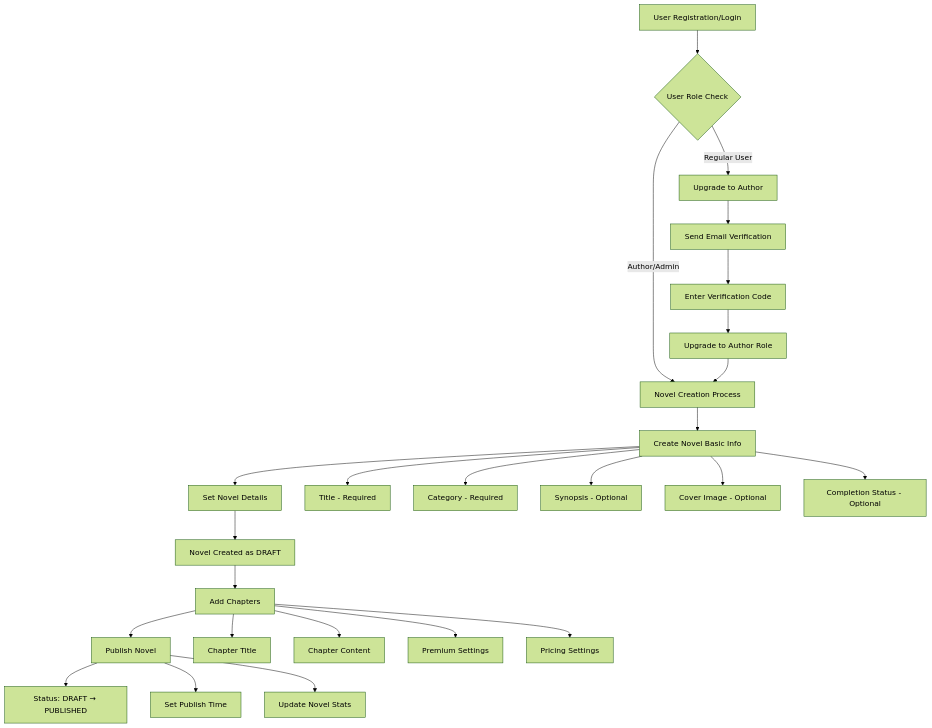
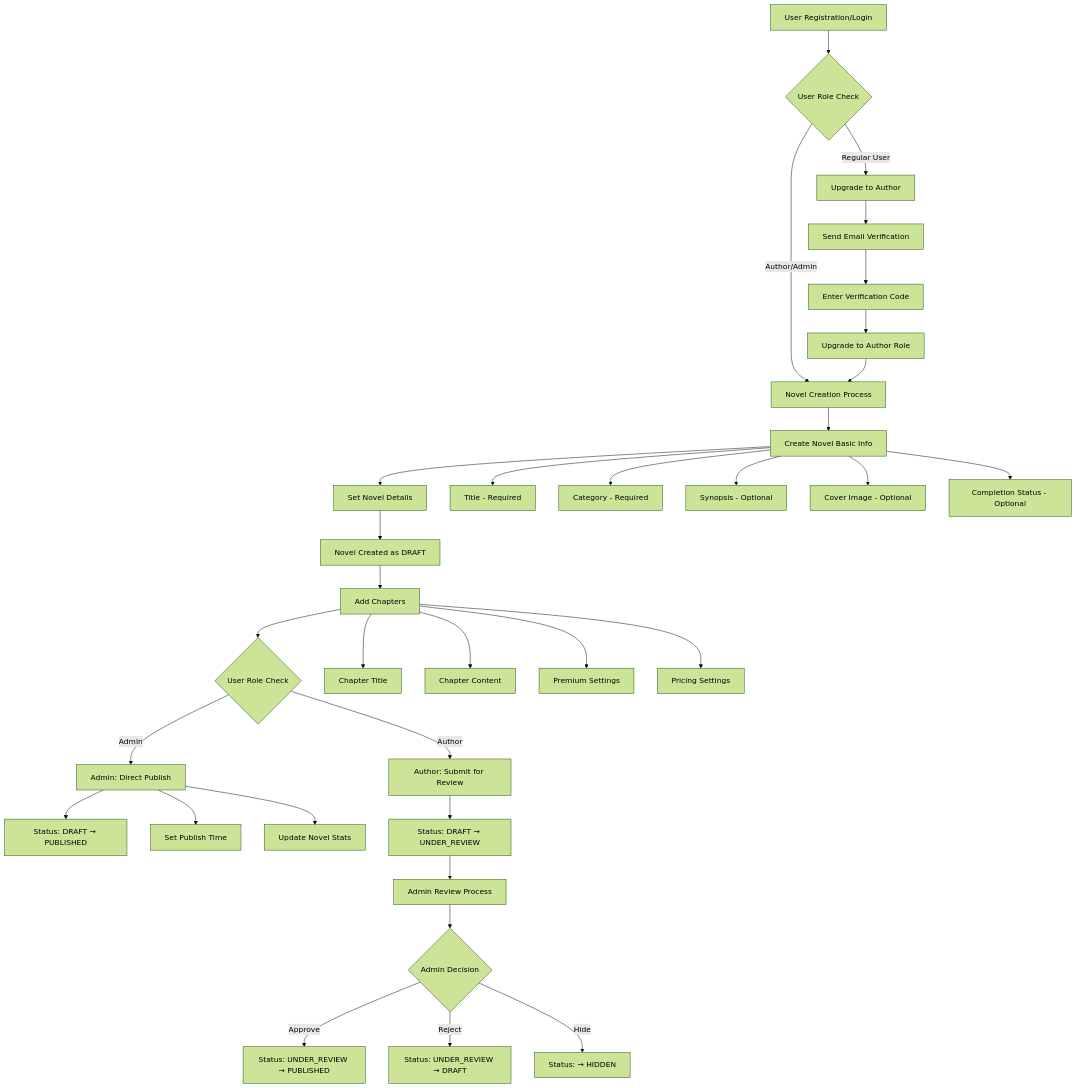
Before and after one commit to maugus0/yushan-backend: the first of 6 diagrams in NOVEL_CREATION_USER_JOURNEY.md, drawn with Mermaid (forest theme). The commit also changed other lines of this file, not shown here.

````diff
--- a/NOVEL_CREATION_USER_JOURNEY.md
+++ b/NOVEL_CREATION_USER_JOURNEY.md
@@ -20,32 +20,42 @@
 ```mermaid
 graph TD
     A[User Registration/Login] --> B{User Role Check}
     B -->|Regular User| C[Upgrade to Author]
     B -->|Author/Admin| D[Novel Creation Process]
     
     C --> C1[Send Email Verification]
     C1 --> C2[Enter Verification Code]
     C2 --> C3[Upgrade to Author Role]
     C3 --> D
     
     D --> D1[Create Novel Basic Info]
     D1 --> D2[Set Novel Details]
     D2 --> D3[Novel Created as DRAFT]
     D3 --> D4[Add Chapters]
-    D4 --> D5[Publish Novel]
+    D4 --> D5{User Role Check}
+    
+    D5 -->|Admin| D6[Admin: Direct Publish]
+    D5 -->|Author| D7[Author: Submit for Review]
+    
+    D6 --> D6a[Status: DRAFT → PUBLISHED]
+    D6 --> D6b[Set Publish Time]
+    D6 --> D6c[Update Novel Stats]
+    
+    D7 --> D7a[Status: DRAFT → UNDER_REVIEW]
+    D7a --> D8[Admin Review Process]
+    D8 --> D9{Admin Decision}
+    D9 -->|Approve| D10[Status: UNDER_REVIEW → PUBLISHED]
+    D9 -->|Reject| D11[Status: UNDER_REVIEW → DRAFT]
+    D9 -->|Hide| D12[Status: → HIDDEN]
     
     D1 --> D1a[Title - Required]
     D1 --> D1b[Category - Required]
     D1 --> D1c[Synopsis - Optional]
     D1 --> D1d[Cover Image - Optional]
     D1 --> D1e[Completion Status - Optional]
     
     D4 --> D4a[Chapter Title]
     D4 --> D4b[Chapter Content]
     D4 --> D4c[Premium Settings]
     D4 --> D4d[Pricing Settings]
-    
-    D5 --> D5a[Status: DRAFT → PUBLISHED]
-    D5 --> D5b[Set Publish Time]
-    D5 --> D5c[Update Novel Stats]
 ```
````
